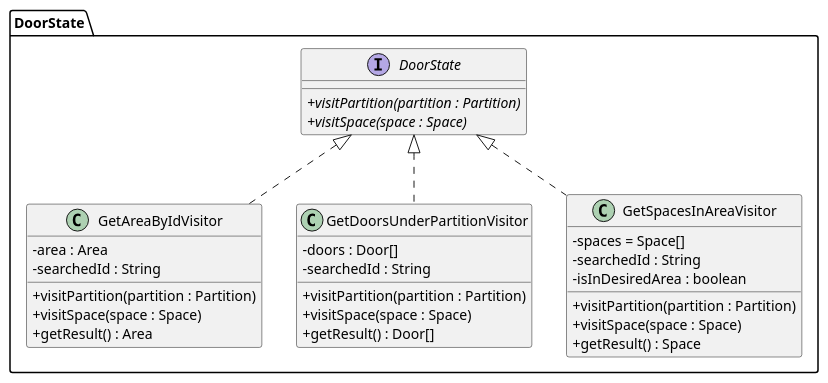
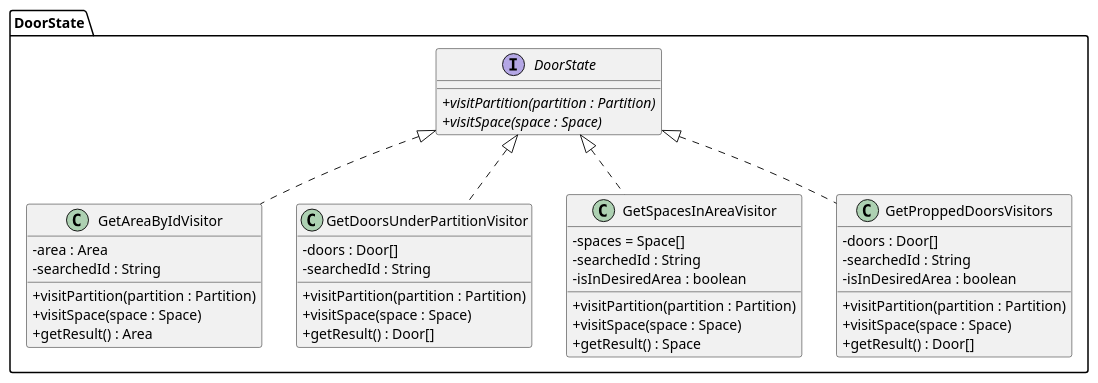
One commit to PatataZezy/PracticaDS changed the diagram in src/baseNoStates/uml/package_AreaVisitors.puml. Above: the diagram before and after it, drawn with PlantUML. The commit also changed 8 other files, not shown here.

```diff
--- a/src/baseNoStates/uml/package_AreaVisitors.puml
+++ b/src/baseNoStates/uml/package_AreaVisitors.puml
@@ -1,36 +1,45 @@
 @startuml
 'https://plantuml.com/class-diagram
 skinparam classAttributeIconSize 0
 
 package "DoorState" {
     interface "DoorState" {
         + {abstract} visitPartition(partition : Partition)
         + {abstract} visitSpace(space : Space)
     }
 
     class "GetAreaByIdVisitor" implements "DoorState" {
         - area : Area
         - searchedId : String
         + visitPartition(partition : Partition)
         + visitSpace(space : Space)
         + getResult() : Area
     }
 
     class "GetDoorsUnderPartitionVisitor" implements "DoorState" {
         - doors : Door[]
         - searchedId : String
         + visitPartition(partition : Partition)
         + visitSpace(space : Space)
         + getResult() : Door[]
     }
 
     class "GetSpacesInAreaVisitor" implements "DoorState" {
         - spaces = Space[]
         - searchedId : String
         - isInDesiredArea : boolean
         + visitPartition(partition : Partition)
         + visitSpace(space : Space)
         + getResult() : Space
     }
+
+    class "GetProppedDoorsVisitors" implements "DoorState" {
+        - doors : Door[]
+        - searchedId : String
+        - isInDesiredArea : boolean
+        + visitPartition(partition : Partition)
+        + visitSpace(space : Space)
+        + getResult() : Door[]
+    }
 }
 @enduml
```
